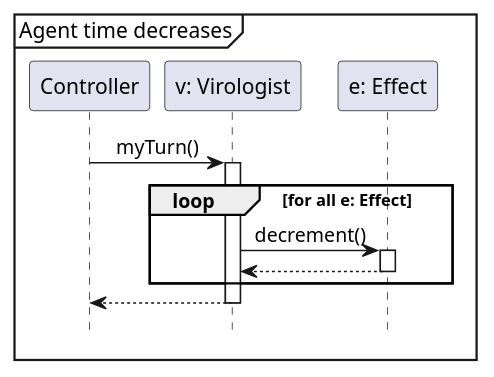
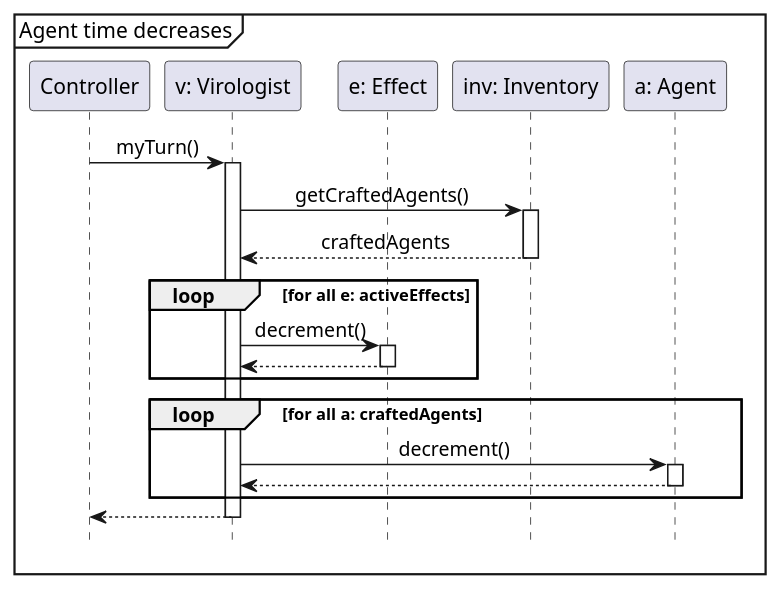
Before and after one commit to Tschonti/503-service-unavailable: the diagram in docs/seqDiagrams/agentTimeDecreases.puml, drawn with PlantUML. The commit also changed 4 other files, not shown here.

```diff
--- a/docs/seqDiagrams/agentTimeDecreases.puml
+++ b/docs/seqDiagrams/agentTimeDecreases.puml
@@ -1,19 +1,27 @@
 @startuml
 
 hide footbox
 skinparam sequenceMessageAlign center
 
 mainframe Agent time decreases
 
 participant Controller as cr
 participant "v: Virologist" as v
 participant "e: Effect" as e
+participant "inv: Inventory" as inv
+participant "a: Agent" as a
 
 cr -> v ++ : myTurn()
-    loop for all e: Effect
+v -> inv ++ : getCraftedAgents()
+return craftedAgents
+    loop for all e: activeEffects
         v -> e ++ : decrement()
+        return
+    end
+    loop for all a: craftedAgents
+        v -> a++ : decrement()
         return
     end
 return
 
 @enduml
```
